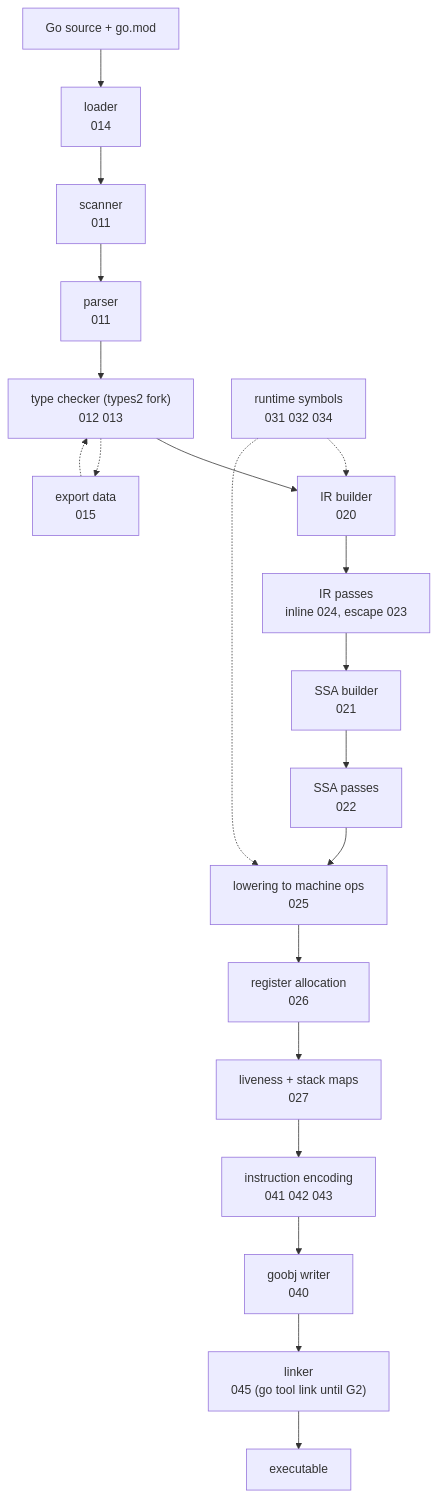
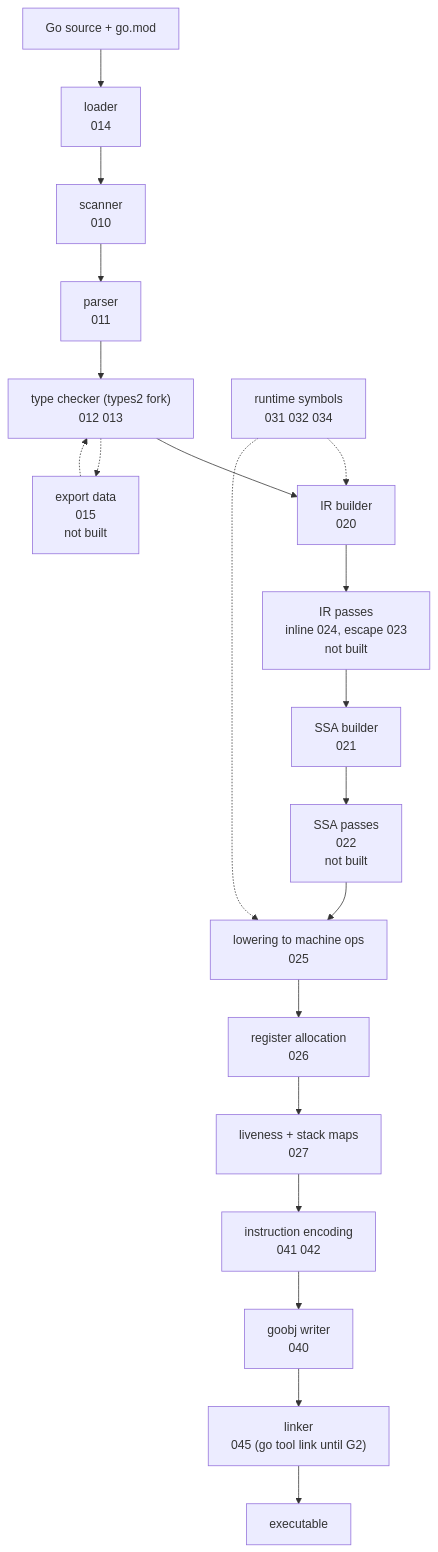
The diagram in specs/002-architecture.md (golang-design/nanogo), drawn with Mermaid before and after one commit. The commit also changed other lines of this file and 43 other files, not shown here.

````diff
--- a/specs/002-architecture.md
+++ b/specs/002-architecture.md
@@ -17,27 +17,27 @@
 ```mermaid
 flowchart TD
   src["Go source + go.mod"]
   load["loader<br/>014"]
-  scan["scanner<br/>011"]
+  scan["scanner<br/>010"]
   parse["parser<br/>011"]
   check["type checker (types2 fork)<br/>012 013"]
   irgen["IR builder<br/>020"]
-  opt1["IR passes<br/>inline 024, escape 023"]
+  opt1["IR passes<br/>inline 024, escape 023<br/>not built"]
   ssa["SSA builder<br/>021"]
-  opt2["SSA passes<br/>022"]
+  opt2["SSA passes<br/>022<br/>not built"]
   lower["lowering to machine ops<br/>025"]
   regalloc["register allocation<br/>026"]
   live["liveness + stack maps<br/>027"]
-  emit["instruction encoding<br/>041 042 043"]
+  emit["instruction encoding<br/>041 042"]
   obj["goobj writer<br/>040"]
   link["linker<br/>045 (go tool link until G2)"]
   bin["executable"]
 
   src --> load --> scan --> parse --> check --> irgen
   irgen --> opt1 --> ssa --> opt2 --> lower --> regalloc --> live --> emit --> obj --> link --> bin
 
   rt["runtime symbols<br/>031 032 034"] -.-> irgen
   rt -.-> lower
-  exp["export data<br/>015"] -.-> check
+  exp["export data<br/>015<br/>not built"] -.-> check
   check -.-> exp
 ```
````
